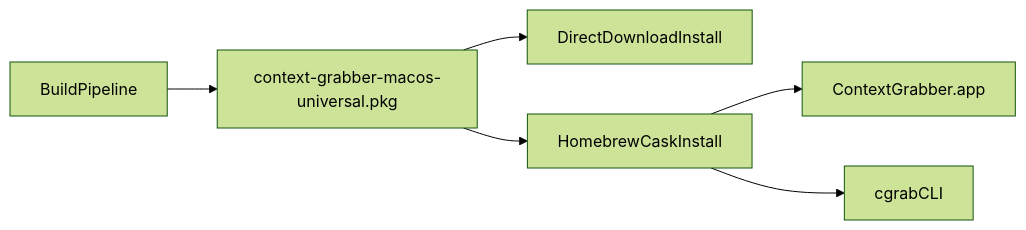
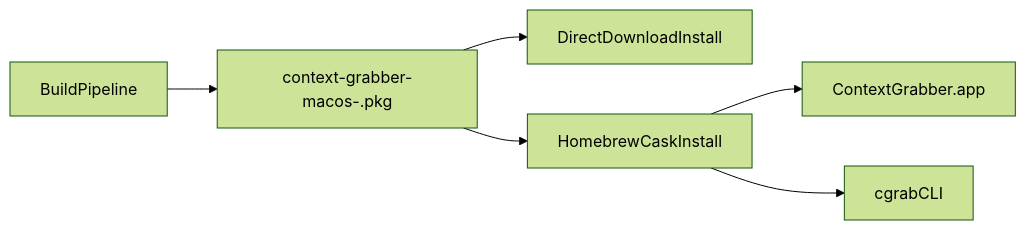
The diagram in docs/plans/distribution-packaging-plan.md (anthonylu23/context_grabber), drawn with Mermaid (forest theme) before and after one commit. The commit also changed other lines of this file and 7 other files, not shown here.

````diff
--- a/docs/plans/distribution-packaging-plan.md
+++ b/docs/plans/distribution-packaging-plan.md
@@ -44,8 +44,8 @@
 ```mermaid
 flowchart LR
-  buildPipeline[BuildPipeline] --> pkgArtifact[context-grabber-macos-universal.pkg]
+  buildPipeline[BuildPipeline] --> pkgArtifact[context-grabber-macos-<version>.pkg]
   pkgArtifact --> directInstall[DirectDownloadInstall]
   pkgArtifact --> brewCask[HomebrewCaskInstall]
   brewCask --> appInstall[ContextGrabber.app]
   brewCask --> cliInstall[cgrabCLI]
 ```
````
